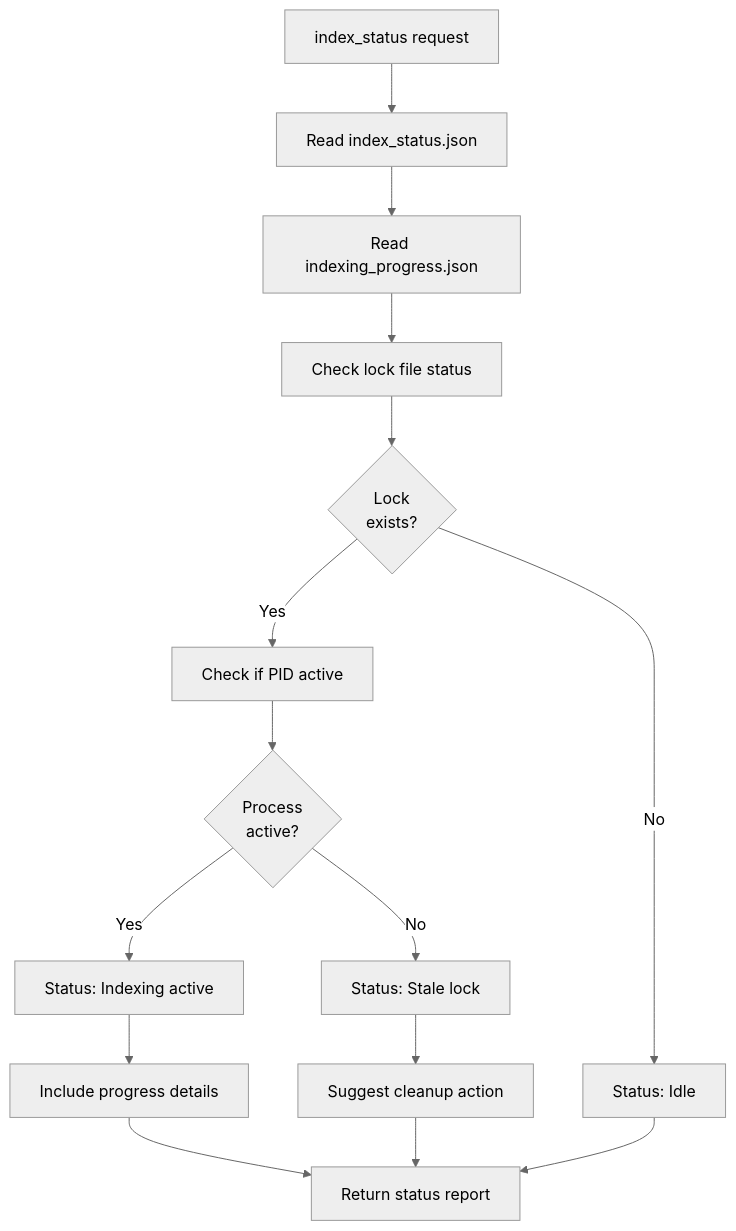
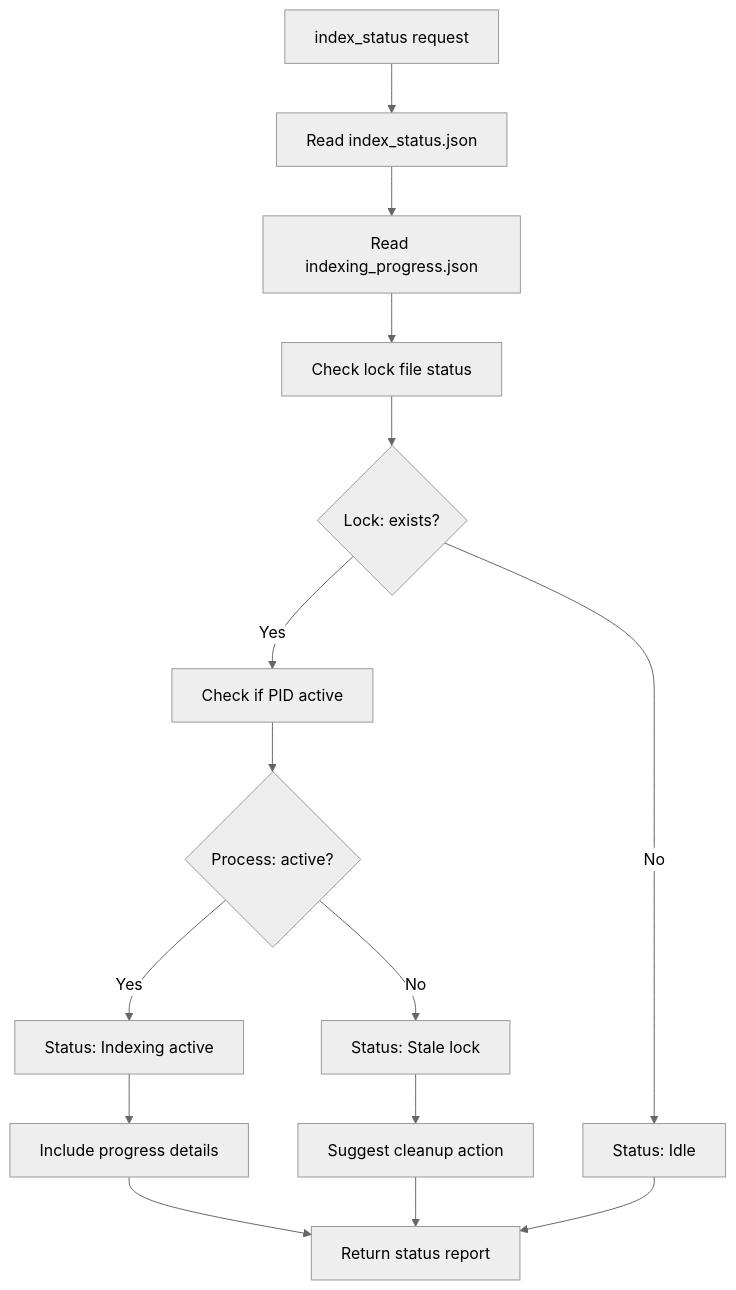
Before and after one commit to hpoliset/PersonalDocLibraryRAGMCP: diagram 16 of 22 in docs/ARCHITECTURE.md, drawn with Mermaid (neutral theme). The commit also changed other lines of this file and 2 other files, not shown here.

First line of the commit message:
Update documentation with upgrade instructions and fix architecture diagrams

````diff
--- a/docs/ARCHITECTURE.md
+++ b/docs/ARCHITECTURE.md
@@ -445,18 +427,18 @@
 ```mermaid
-flowchart TD
+graph TD
     START[index_status request] --> READ_STATUS[Read index_status.json]
     READ_STATUS --> READ_PROGRESS[Read indexing_progress.json]
     READ_PROGRESS --> CHECK_LOCK[Check lock file status]
-    CHECK_LOCK --> LOCKED{Lock<br/>exists?}
+    CHECK_LOCK --> LOCKED{Lock: exists?}
     LOCKED -->|Yes| CHECK_PID[Check if PID active]
     LOCKED -->|No| STATUS_IDLE
-    CHECK_PID --> ACTIVE{Process<br/>active?}
+    CHECK_PID --> ACTIVE{Process: active?}
     ACTIVE -->|Yes| STATUS_ACTIVE[Status: Indexing active]
     ACTIVE -->|No| STATUS_STALE[Status: Stale lock]
     STATUS_ACTIVE --> FORMAT_PROGRESS[Include progress details]
     STATUS_STALE --> SUGGEST_CLEANUP[Suggest cleanup action]
     STATUS_IDLE[Status: Idle]
     FORMAT_PROGRESS --> RESPONSE[Return status report]
     SUGGEST_CLEANUP --> RESPONSE
     STATUS_IDLE --> RESPONSE
 ```
````
